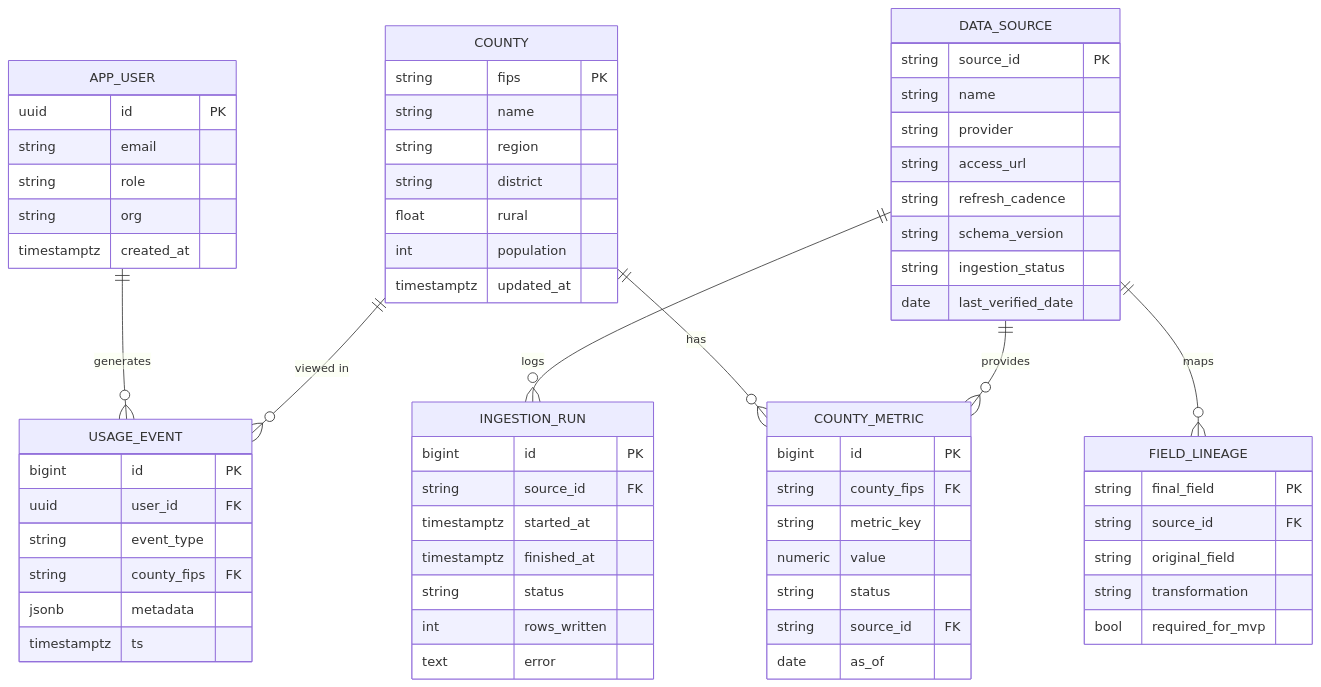
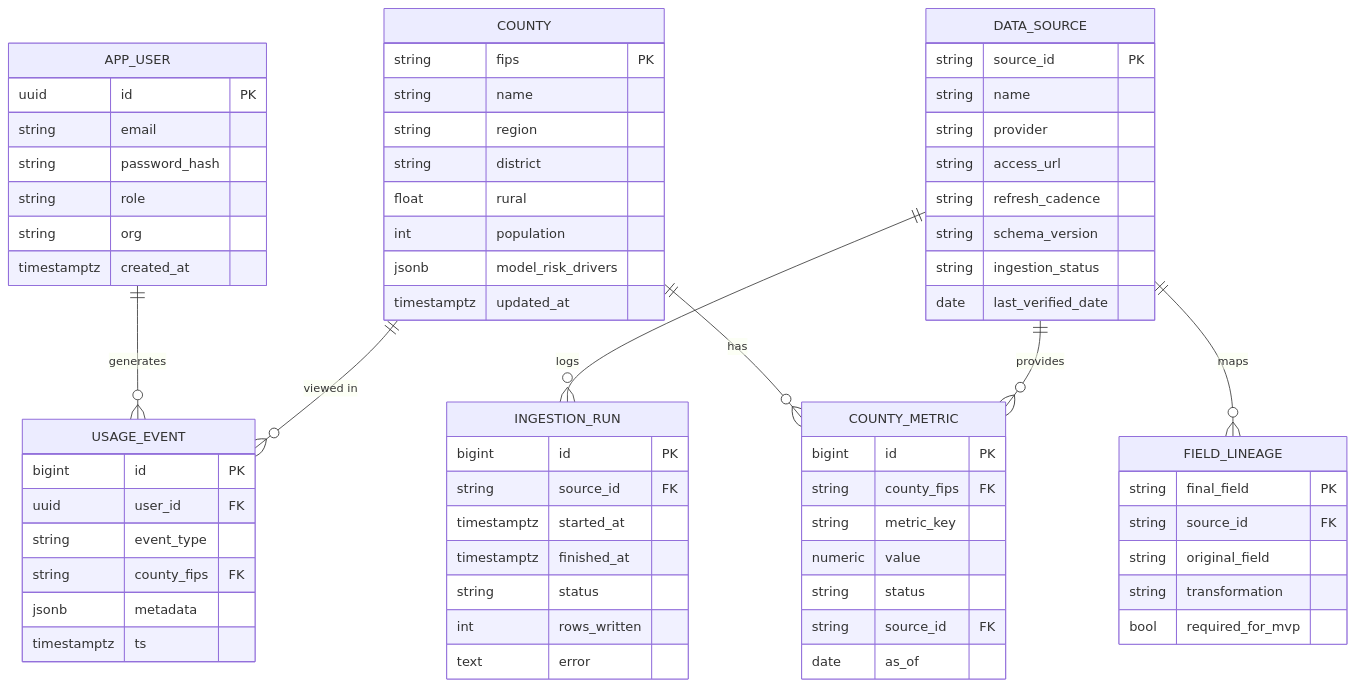
The diagram in documents/erd.md (reaganwcisel123/CS5934), drawn with Mermaid before and after one commit. The commit also changed other lines of this file and 23 other files, not shown here.

````diff
--- a/documents/erd.md
+++ b/documents/erd.md
@@ -6,69 +8,71 @@
 ```mermaid
 erDiagram
   COUNTY ||--o{ COUNTY_METRIC : has
   DATA_SOURCE ||--o{ COUNTY_METRIC : provides
   DATA_SOURCE ||--o{ FIELD_LINEAGE : maps
   DATA_SOURCE ||--o{ INGESTION_RUN : logs
   APP_USER ||--o{ USAGE_EVENT : generates
   COUNTY ||--o{ USAGE_EVENT : "viewed in"
 
   COUNTY {
     string fips PK
     string name
     string region
     string district
     float rural
     int population
+    jsonb model_risk_drivers
     timestamptz updated_at
   }
   DATA_SOURCE {
     string source_id PK
     string name
     string provider
     string access_url
     string refresh_cadence
     string schema_version
     string ingestion_status
     date last_verified_date
   }
   FIELD_LINEAGE {
     string final_field PK
     string source_id FK
     string original_field
     string transformation
     bool required_for_mvp
   }
   COUNTY_METRIC {
     bigint id PK
     string county_fips FK
     string metric_key
     numeric value
     string status
     string source_id FK
     date as_of
   }
   INGESTION_RUN {
     bigint id PK
     string source_id FK
     timestamptz started_at
     timestamptz finished_at
     string status
     int rows_written
     text error
   }
   APP_USER {
     uuid id PK
     string email
+    string password_hash
     string role
     string org
     timestamptz created_at
   }
   USAGE_EVENT {
     bigint id PK
     uuid user_id FK
     string event_type
     string county_fips FK
     jsonb metadata
     timestamptz ts
   }
 ```
````
